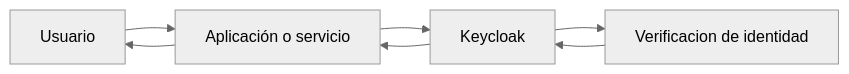
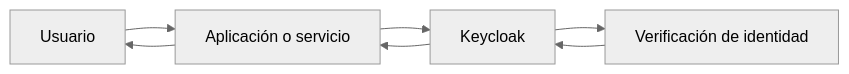
The first of 6 diagrams in src/content/es/authentication/keycloak-centralized-authentication.md (jose-oc/joseoc-dev), drawn with Mermaid (neutral theme) before and after one commit. The commit also changed other lines of this file and 2 other files, not shown here.

````diff
--- a/src/content/es/authentication/keycloak-centralized-authentication.md
+++ b/src/content/es/authentication/keycloak-centralized-authentication.md
@@ -38,9 +38,9 @@
 ```mermaid
 flowchart LR
   U[Usuario] --> A[Aplicación o servicio]
   A --> K[Keycloak]
-  K --> I[Verificacion de identidad]
+  K --> I[Verificación de identidad]
   I --> K
   K --> A
   A --> U
 ```
````
